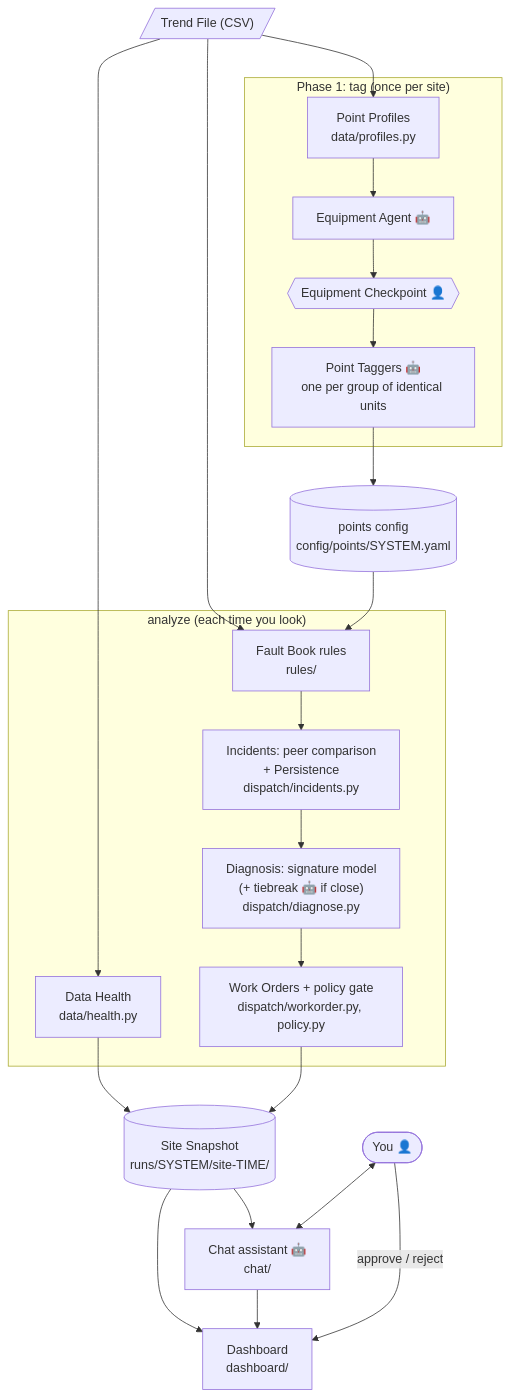
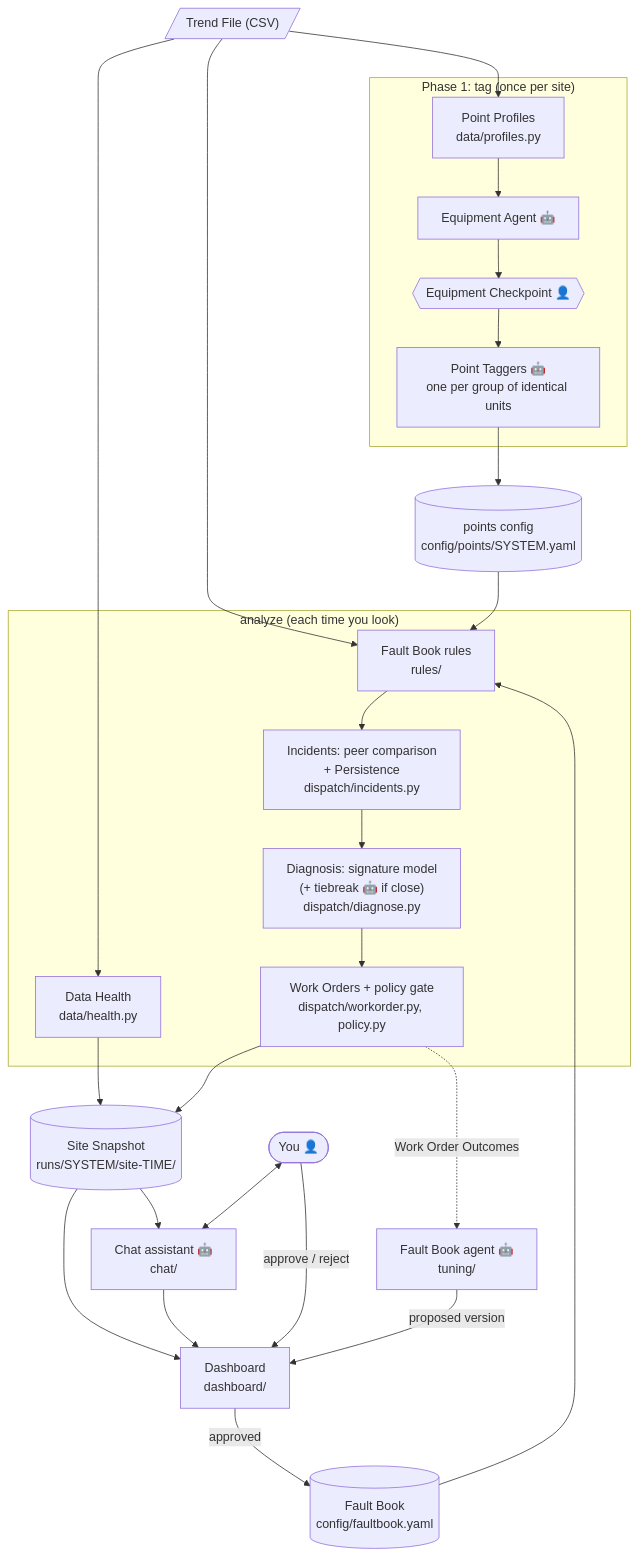
Before and after one commit to hhunterr71/hvac-fdd-agents: the first of 4 diagrams in docs/2-architecture.md, drawn with Mermaid. The commit also changed other lines of this file and 20 other files, not shown here.

Commit message:
Fault Book Tuning addition

````diff
--- a/docs/2-architecture.md
+++ b/docs/2-architecture.md
@@ -7,37 +7,43 @@
 ```mermaid
 flowchart TD
     TF[/"Trend File (CSV)"/]
 
     subgraph P1["Phase 1: tag (once per site)"]
         PR["Point Profiles<br/>data/profiles.py"] --> EA["Equipment Agent 🤖"]
         EA --> CP{{"Equipment Checkpoint 👤"}}
         CP --> PT["Point Taggers 🤖<br/>one per group of identical units"]
     end
 
     PC[("points config<br/>config/points/SYSTEM.yaml")]
 
     subgraph AN["analyze (each time you look)"]
         DH["Data Health<br/>data/health.py"]
         FR["Fault Book rules<br/>rules/"] --> INC["Incidents: peer comparison<br/>+ Persistence<br/>dispatch/incidents.py"]
         INC --> DX["Diagnosis: signature model<br/>(+ tiebreak 🤖 if close)<br/>dispatch/diagnose.py"]
         DX --> WO["Work Orders + policy gate<br/>dispatch/workorder.py, policy.py"]
     end
 
     SS[("Site Snapshot<br/>runs/SYSTEM/site-TIME/")]
+    FBA["Fault Book agent 🤖<br/>tuning/"]
+    FB[("Fault Book<br/>config/faultbook.yaml")]
     CH["Chat assistant 🤖<br/>chat/"]
     DB["Dashboard<br/>dashboard/"]
     ME(["You 👤"])
 
     TF --> PR
     PT --> PC
     TF --> DH
     TF --> FR
     PC --> FR
     DH --> SS
     WO --> SS
     SS --> CH
     SS --> DB
     CH --> DB
     ME <--> CH
     ME -- "approve / reject" --> DB
+    WO -. "Work Order Outcomes" .-> FBA
+    FBA -- "proposed version" --> DB
+    DB -- "approved" --> FB
+    FB --> FR
 ```
````
